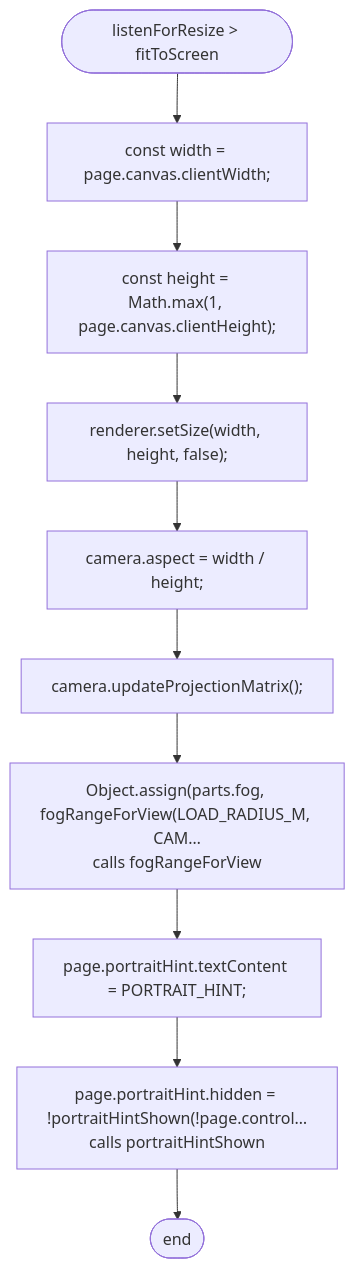
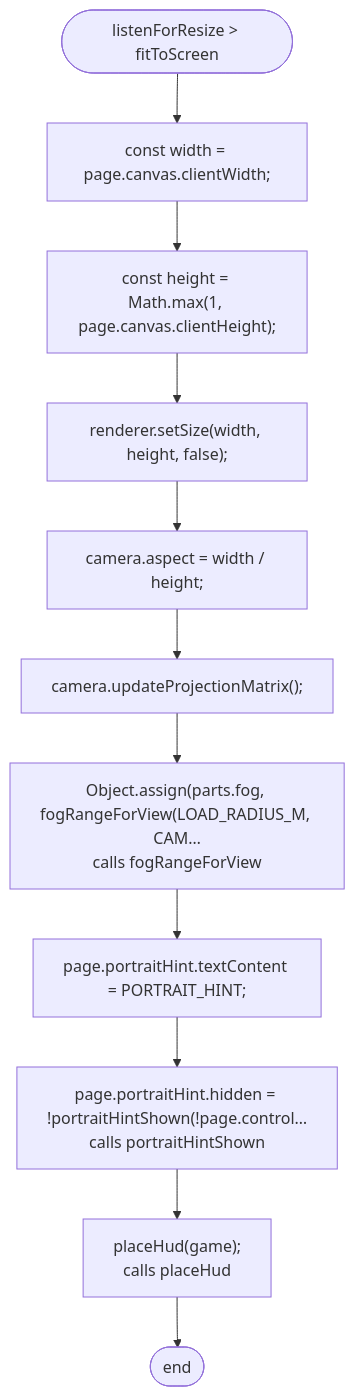
One commit to NewDara-Star/world-engine changed the sixth of 6 diagrams in docs/flows/src/game/main.md. Above: the diagram before and after it, drawn with Mermaid. The commit also changed other lines of this file and 58 other files, not shown here.

````diff
--- a/docs/flows/src/game/main.md
+++ b/docs/flows/src/game/main.md
@@ -138,22 +157,24 @@
 ```mermaid
 flowchart TD
   n1(["listenForResize #gt; fitToScreen"])
   n2["const width = page.canvas.clientWidth;"]
   n3["const height = Math.max(1, page.canvas.clientHeight);"]
   n4["renderer.setSize(width, height, false);"]
   n5["camera.aspect = width / height;"]
   n6["camera.updateProjectionMatrix();"]
   n7["Object.assign(parts.fog, fogRangeForView(LOAD_RADIUS_M, CAM…<br/>calls fogRangeForView"]
   n8["page.portraitHint.textContent = PORTRAIT_HINT;"]
   n9["page.portraitHint.hidden = !portraitHintShown(!page.control…<br/>calls portraitHintShown"]
-  n10(["end"])
+  n10["placeHud(game);<br/>calls placeHud"]
+  n11(["end"])
   n1 --> n2
   n2 --> n3
   n3 --> n4
   n4 --> n5
   n5 --> n6
   n6 --> n7
   n7 --> n8
   n8 --> n9
   n9 --> n10
+  n10 --> n11
 ```
````
